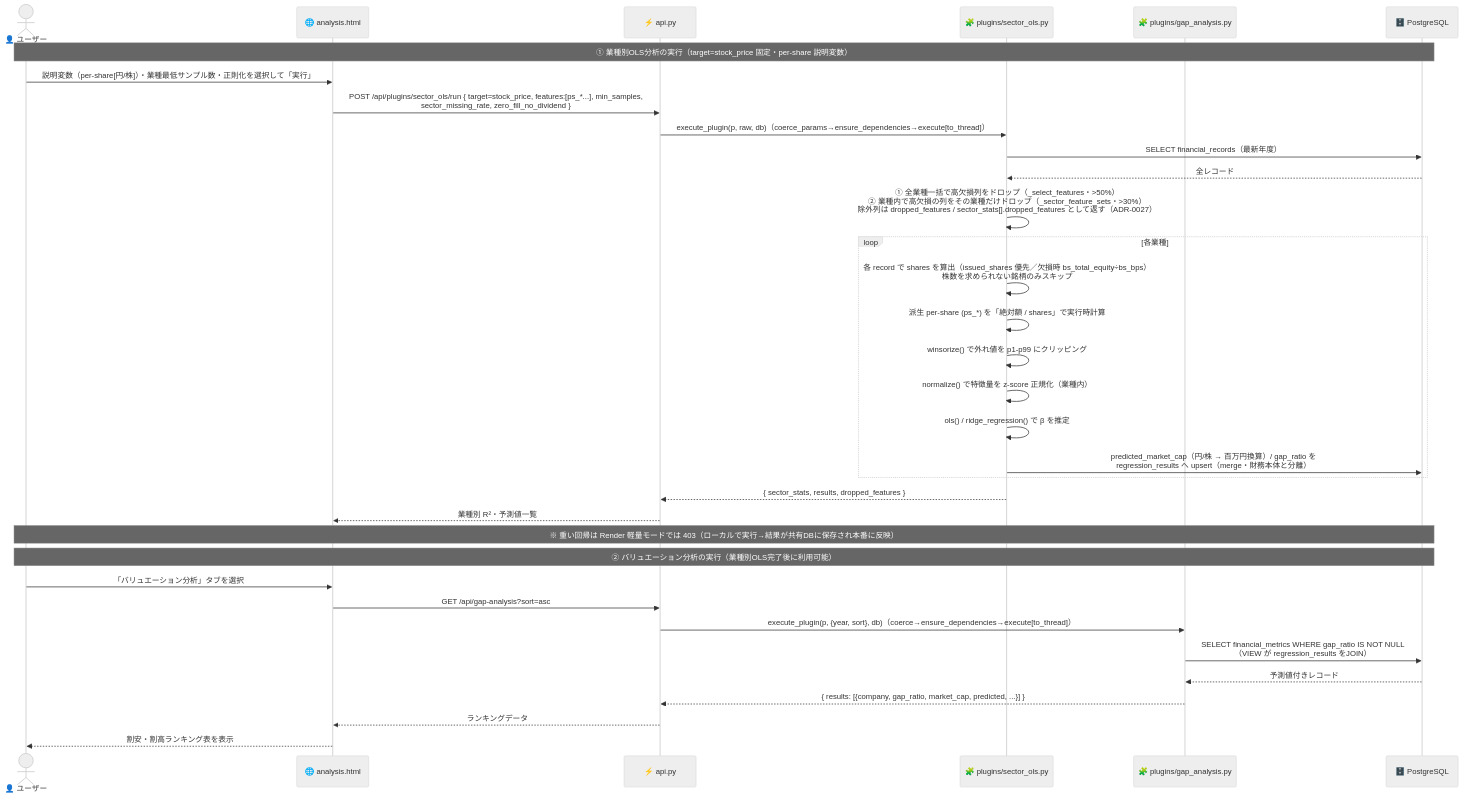
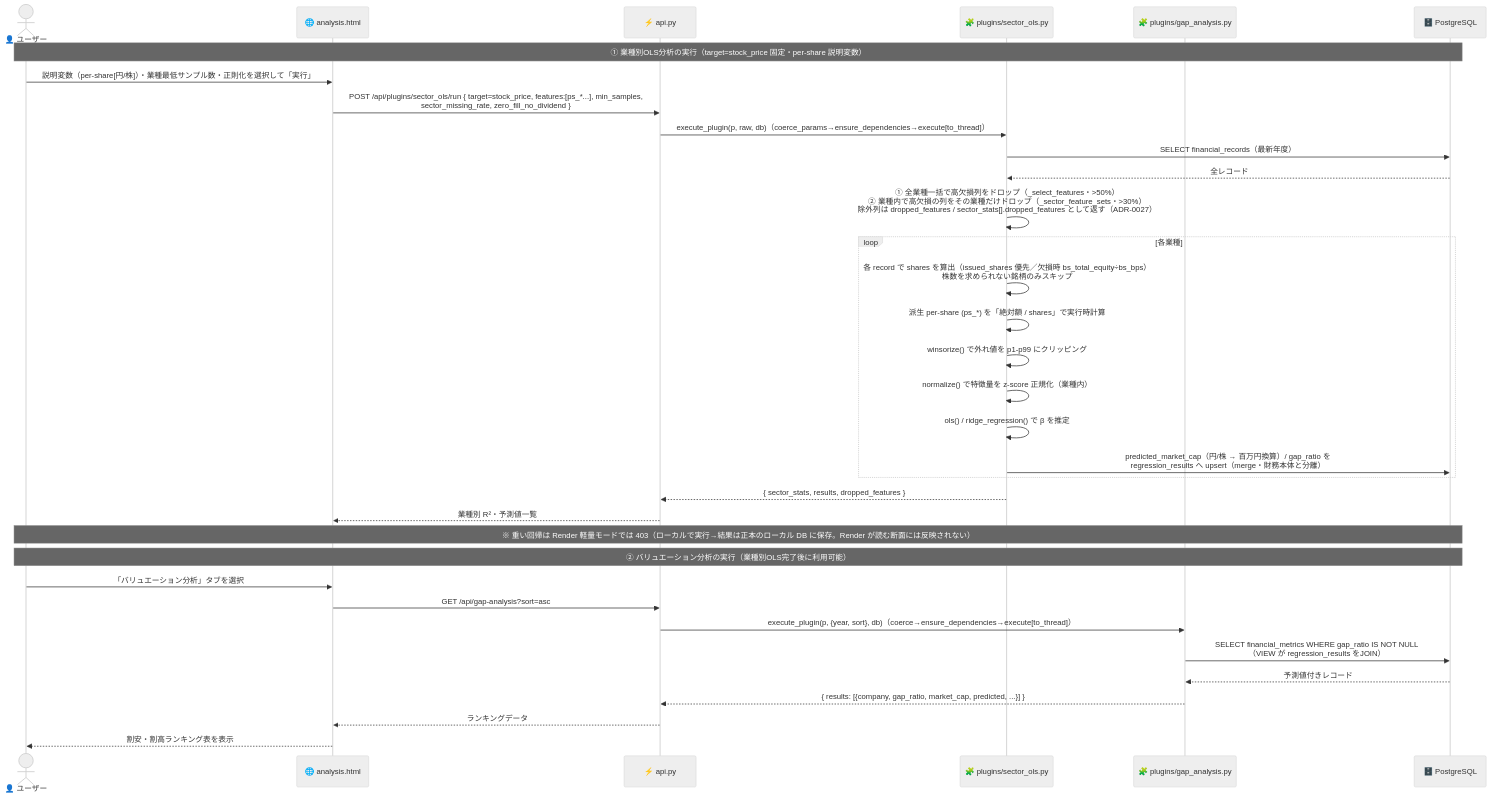
One commit to kome-kome/financial_app changed the sixth of 12 diagrams in docs/ARCHITECTURE.md. Above: the diagram before and after it, drawn with Mermaid (neutral theme). The commit also changed other lines of this file and 10 other files, not shown here.

````diff
--- a/docs/ARCHITECTURE.md
+++ b/docs/ARCHITECTURE.md
@@ -806,42 +817,42 @@
 ```mermaid
 sequenceDiagram
     actor       User  as 👤 ユーザー
     participant UI    as 🌐 analysis.html
     participant API   as ⚡ api.py
     participant PLG   as 🧩 plugins/sector_ols.py
     participant GAP   as 🧩 plugins/gap_analysis.py
     participant DB    as 🗄️ PostgreSQL
 
     Note over User,DB: ① 業種別OLS分析の実行（target=stock_price 固定・per-share 説明変数）
     User ->> UI  : 説明変数（per-share[円/株]）・業種最低サンプル数・正則化を選択して「実行」
     UI   ->> API : POST /api/plugins/sector_ols/run { target=stock_price, features:[ps_*...], min_samples,<br/>sector_missing_rate, zero_fill_no_dividend }
     API  ->> PLG : execute_plugin(p, raw, db)（coerce_params→ensure_dependencies→execute[to_thread]）
 
     PLG  ->> DB  : SELECT financial_records（最新年度）
     DB  -->> PLG : 全レコード
 
     PLG  ->> PLG : ① 全業種一括で高欠損列をドロップ（_select_features・>50%）<br/>② 業種内で高欠損の列をその業種だけドロップ（_sector_feature_sets・>30%）<br/>除外列は dropped_features / sector_stats[].dropped_features として返す（ADR-0027）
     loop 各業種
         PLG  ->> PLG : 各 record で shares を算出（issued_shares 優先／欠損時 bs_total_equity÷bs_bps）<br/>株数を求められない銘柄のみスキップ
         PLG  ->> PLG : 派生 per-share (ps_*) を「絶対額 / shares」で実行時計算
         PLG  ->> PLG : winsorize() で外れ値を p1-p99 にクリッピング
         PLG  ->> PLG : normalize() で特徴量を z-score 正規化（業種内）
         PLG  ->> PLG : ols() / ridge_regression() で β を推定
         PLG  ->> DB  : predicted_market_cap（円/株 → 百万円換算）/ gap_ratio を<br/>regression_results へ upsert（merge・財務本体と分離）
     end
 
     PLG -->> API : { sector_stats, results, dropped_features }
     API -->> UI  : 業種別 R²・予測値一覧
 
-    Note over User,DB: ※ 重い回帰は Render 軽量モードでは 403（ローカルで実行→結果が共有DBに保存され本番に反映）
+    Note over User,DB: ※ 重い回帰は Render 軽量モードでは 403（ローカルで実行→結果は正本のローカル DB に保存。Render が読む断面には反映されない）
 
     Note over User,DB: ② バリュエーション分析の実行（業種別OLS完了後に利用可能）
     User ->> UI  : 「バリュエーション分析」タブを選択
     UI   ->> API : GET /api/gap-analysis?sort=asc
     API  ->> GAP : execute_plugin(p, {year, sort}, db)（coerce→ensure_dependencies→execute[to_thread]）
     GAP  ->> DB  : SELECT financial_metrics WHERE gap_ratio IS NOT NULL<br/>（VIEW が regression_results をJOIN）
     DB  -->> GAP : 予測値付きレコード
     GAP -->> API : { results: [{company, gap_ratio, market_cap, predicted, ...}] }
     API -->> UI  : ランキングデータ
     UI  -->> User: 割安・割高ランキング表を表示
 ```
````
